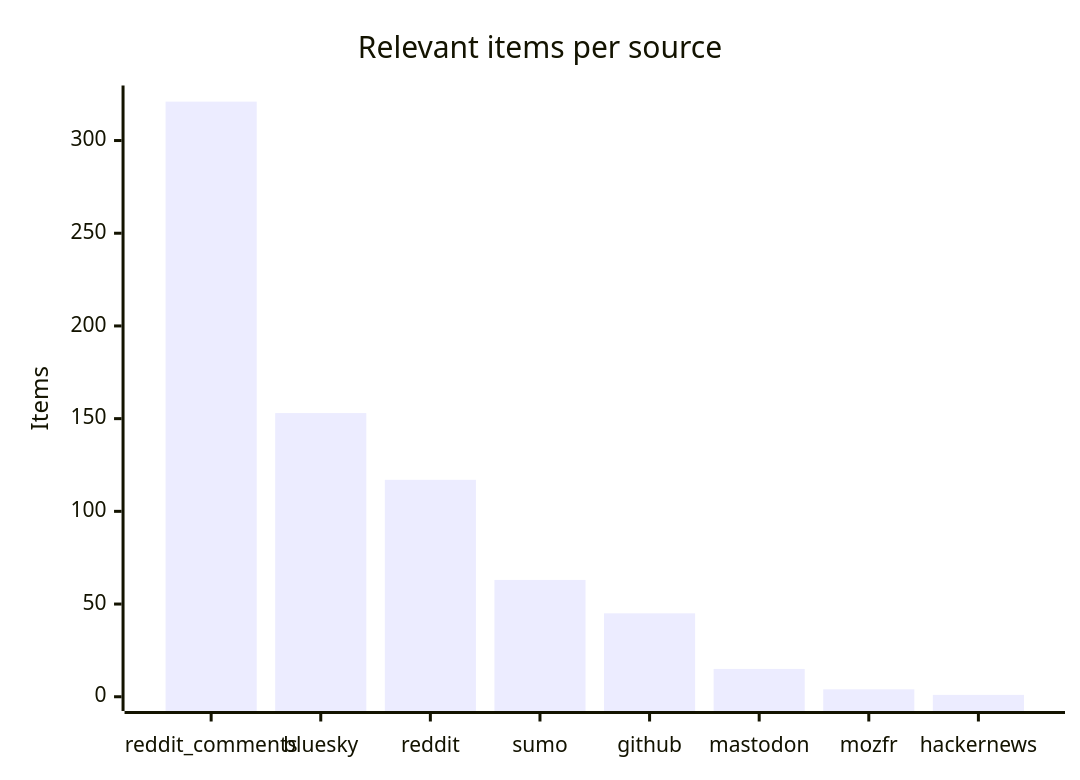
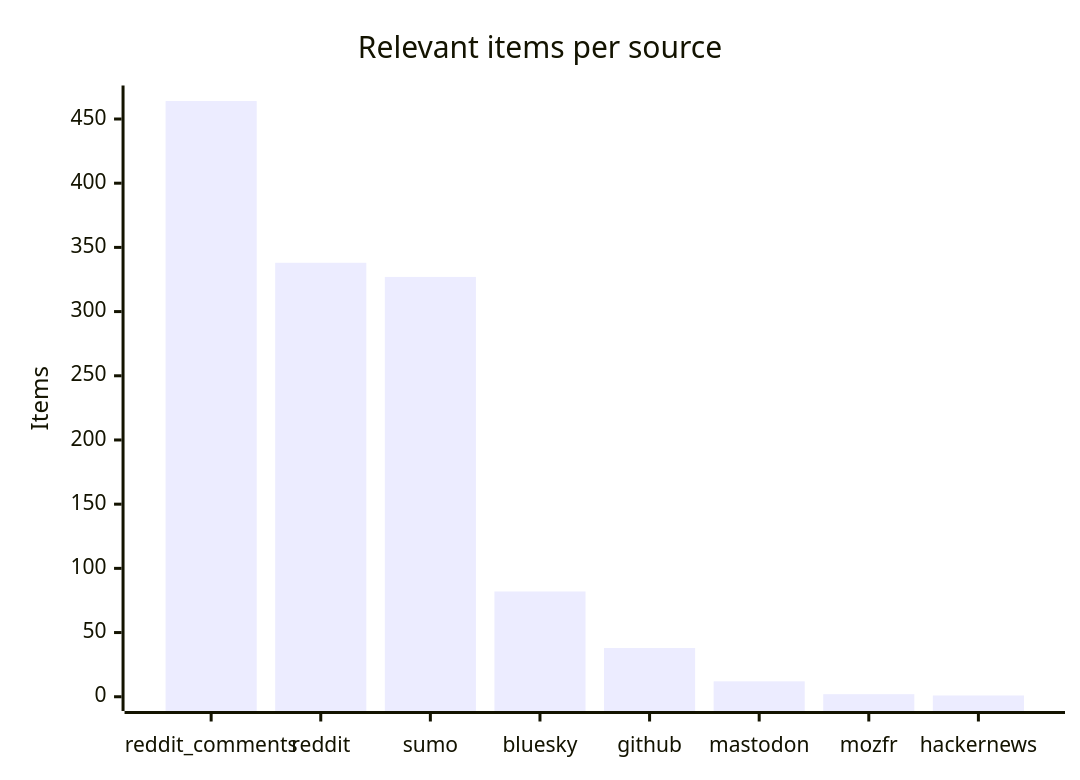
Before and after one commit to martinbalfanz/social-scanner-reports: the third of 4 diagrams in README.md, drawn with Mermaid. The commit also changed other lines of this file and 2 other files, not shown here.

````diff
--- a/README.md
+++ b/README.md
@@ -48,7 +48,7 @@
 ```mermaid
 xychart-beta
     title "Relevant items per source"
-    x-axis ["reddit_comments", "bluesky", "reddit", "sumo", "github", "mastodon", "mozfr", "hackernews"]
-    y-axis "Items" 0 --> 322
-    bar [321, 153, 117, 63, 45, 15, 4, 1]
+    x-axis ["reddit_comments", "reddit", "sumo", "bluesky", "github", "mastodon", "mozfr", "hackernews"]
+    y-axis "Items" 0 --> 465
+    bar [464, 338, 327, 82, 38, 12, 2, 1]
 ```
````
